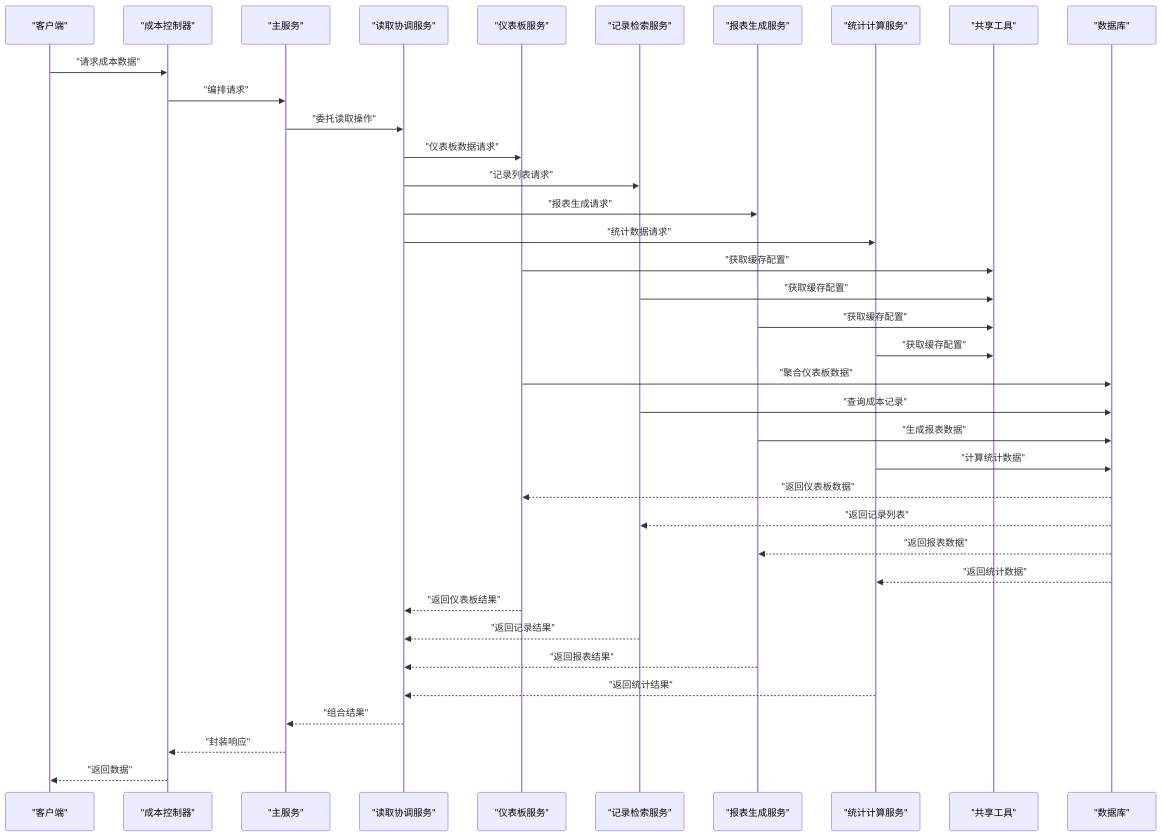
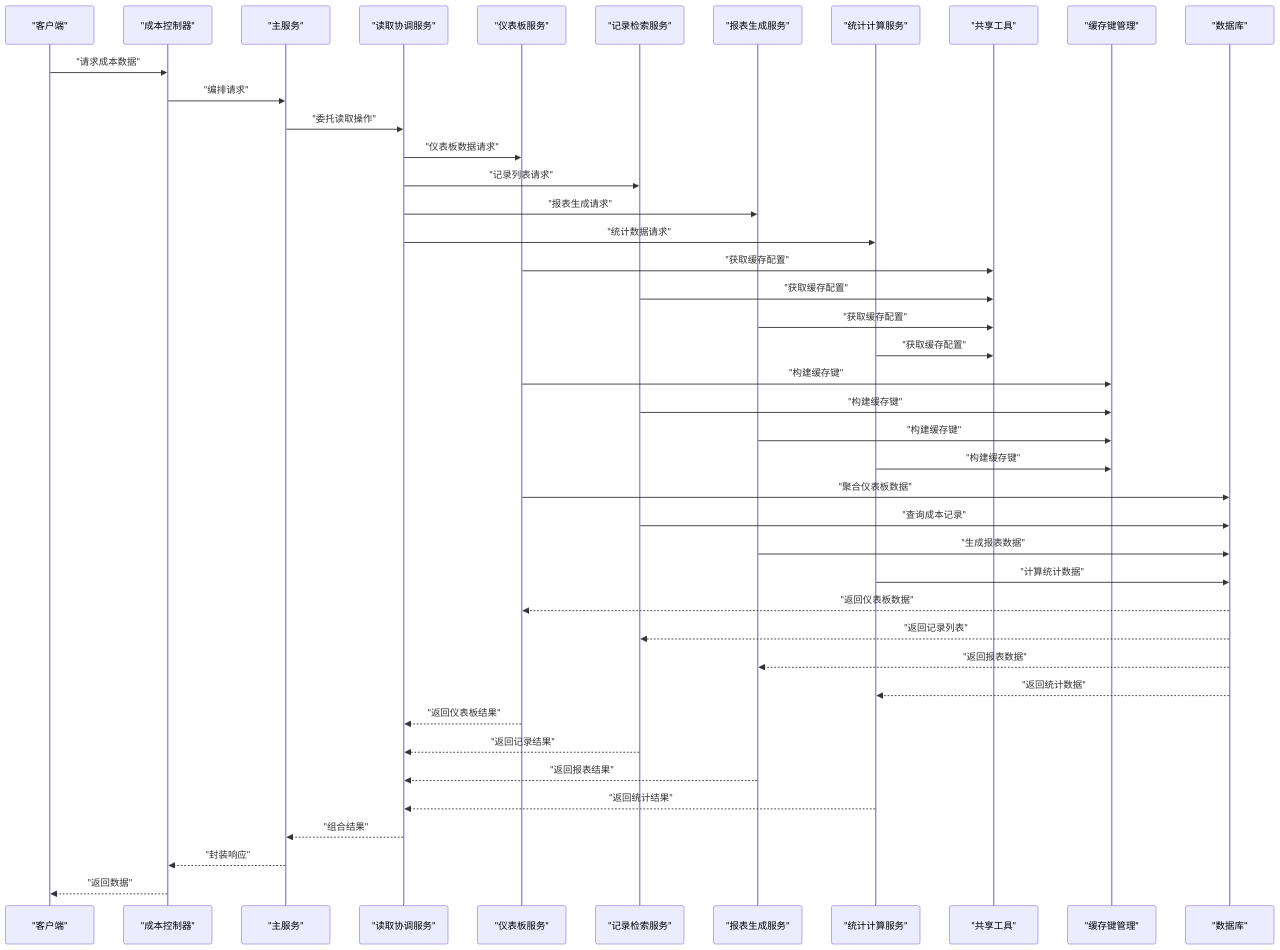
Before and after one commit to rc558620/purelyprofit-server: the second of 9 diagrams in .qoder/repowiki/zh/content/业务模块/运营管理模块/成本管理.md, drawn with Mermaid. The commit also changed other lines of this file and 78 other files, not shown here.

````diff
--- a/.qoder/repowiki/zh/content/业务模块/运营管理模块/成本管理.md
+++ b/.qoder/repowiki/zh/content/业务模块/运营管理模块/成本管理.md
@@ -139,39 +150,44 @@
 ```mermaid
 sequenceDiagram
 participant Client as "客户端"
 participant Ctrl as "成本控制器"
 participant Svc as "主服务"
 participant ReadCoord as "读取协调服务"
 participant DashSvc as "仪表板服务"
 participant RecordsSvc as "记录检索服务"
 participant ReportSvc as "报表生成服务"
 participant StatsSvc as "统计计算服务"
 participant Shared as "共享工具"
+participant CacheKeys as "缓存键管理"
 participant DB as "数据库"
 Client->>Ctrl : "请求成本数据"
 Ctrl->>Svc : "编排请求"
 Svc->>ReadCoord : "委托读取操作"
 ReadCoord->>DashSvc : "仪表板数据请求"
 ReadCoord->>RecordsSvc : "记录列表请求"
 ReadCoord->>ReportSvc : "报表生成请求"
 ReadCoord->>StatsSvc : "统计数据请求"
 DashSvc->>Shared : "获取缓存配置"
 RecordsSvc->>Shared : "获取缓存配置"
 ReportSvc->>Shared : "获取缓存配置"
 StatsSvc->>Shared : "获取缓存配置"
+DashSvc->>CacheKeys : "构建缓存键"
+RecordsSvc->>CacheKeys : "构建缓存键"
+ReportSvc->>CacheKeys : "构建缓存键"
+StatsSvc->>CacheKeys : "构建缓存键"
 DashSvc->>DB : "聚合仪表板数据"
 RecordsSvc->>DB : "查询成本记录"
 ReportSvc->>DB : "生成报表数据"
 StatsSvc->>DB : "计算统计数据"
 DB-->>DashSvc : "返回仪表板数据"
 DB-->>RecordsSvc : "返回记录列表"
 DB-->>ReportSvc : "返回报表数据"
 DB-->>StatsSvc : "返回统计数据"
 DashSvc-->>ReadCoord : "返回仪表板结果"
 RecordsSvc-->>ReadCoord : "返回记录结果"
 ReportSvc-->>ReadCoord : "返回报表结果"
 StatsSvc-->>ReadCoord : "返回统计结果"
 ReadCoord-->>Svc : "组合结果"
 Svc-->>Ctrl : "封装响应"
 Ctrl-->>Client : "返回数据"
 ```
````
